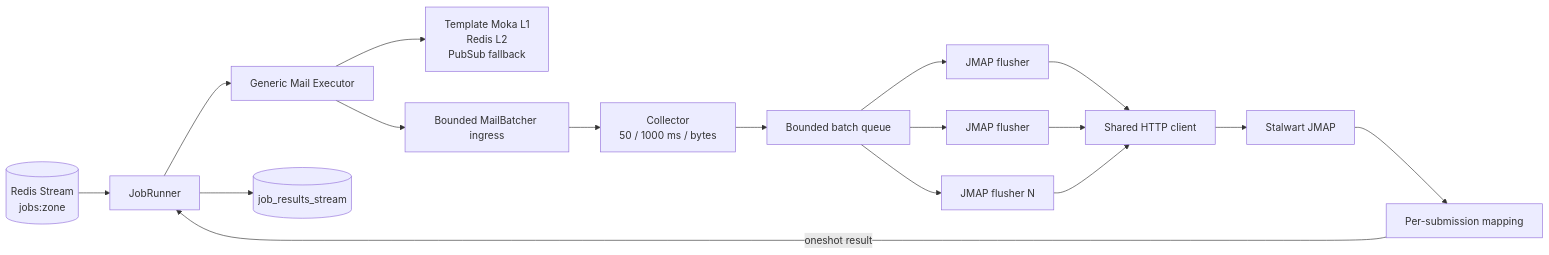
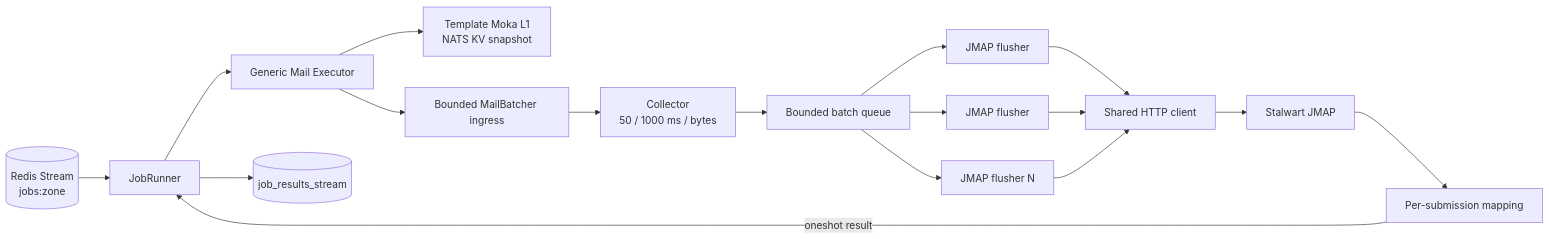
The first of 3 diagrams in god_view/mail/dataplane_jmap_batch_delivery_god_view.md (phucle996/aurora), drawn with Mermaid before and after one commit. The commit also changed other lines of this file and 77 other files, not shown here.

````diff
--- a/god_view/mail/dataplane_jmap_batch_delivery_god_view.md
+++ b/god_view/mail/dataplane_jmap_batch_delivery_god_view.md
@@ -41,19 +41,19 @@
 ```mermaid
 flowchart LR
     RS[(Redis Stream<br/>jobs:zone)] --> JR[JobRunner]
     JR --> EX[Generic Mail Executor]
-    EX --> T[Template Moka L1<br/>Redis L2<br/>PubSub fallback]
+    EX --> T[Template Moka L1<br/>NATS KV snapshot]
     EX --> Q[Bounded MailBatcher ingress]
     Q --> C[Collector<br/>50 / 1000 ms / bytes]
     C --> BQ[Bounded batch queue]
     BQ --> F1[JMAP flusher]
     BQ --> F2[JMAP flusher]
     BQ --> FN[JMAP flusher N]
     F1 --> HC[Shared HTTP client]
     F2 --> HC
     FN --> HC
     HC --> SW[Stalwart JMAP]
     SW --> MAP[Per-submission mapping]
     MAP -->|oneshot result| JR
     JR --> RES[(job_results_stream)]
 ```
````
